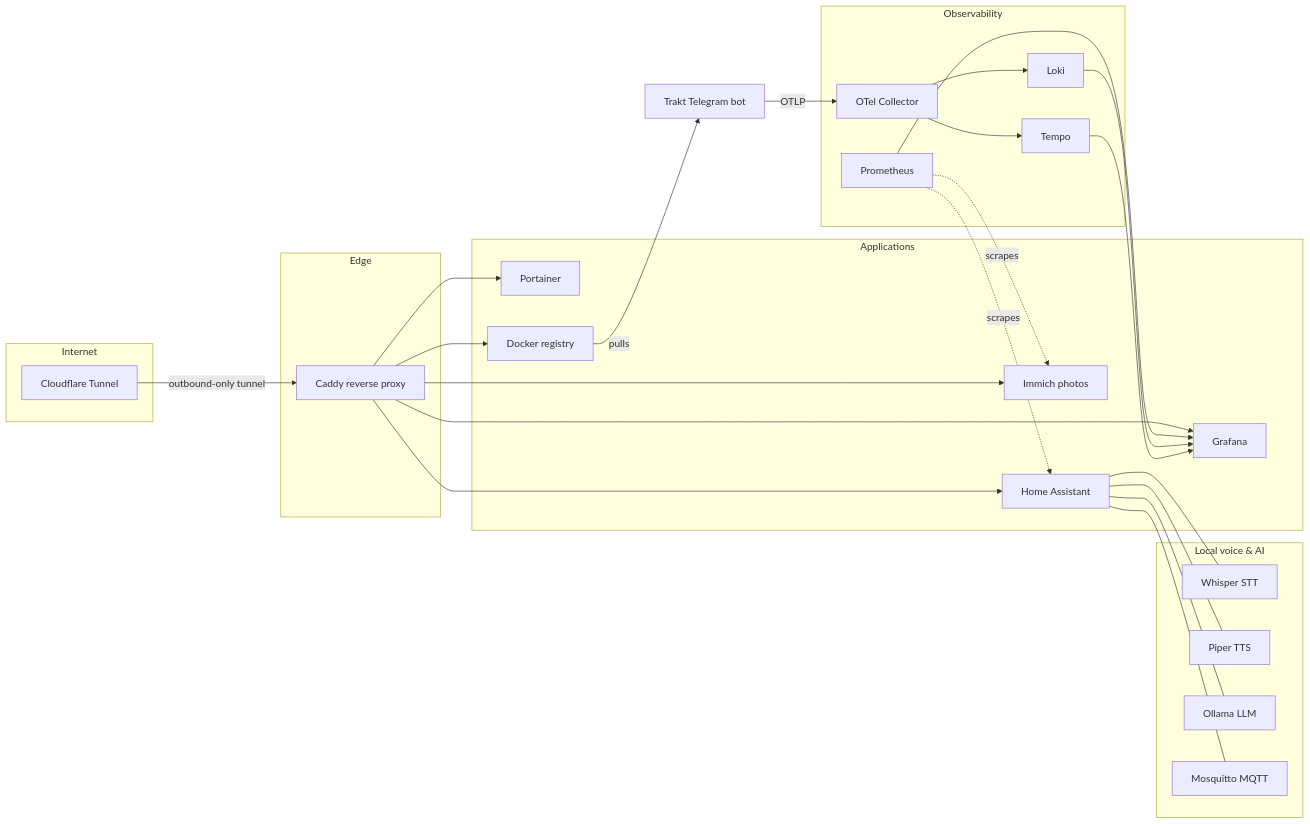
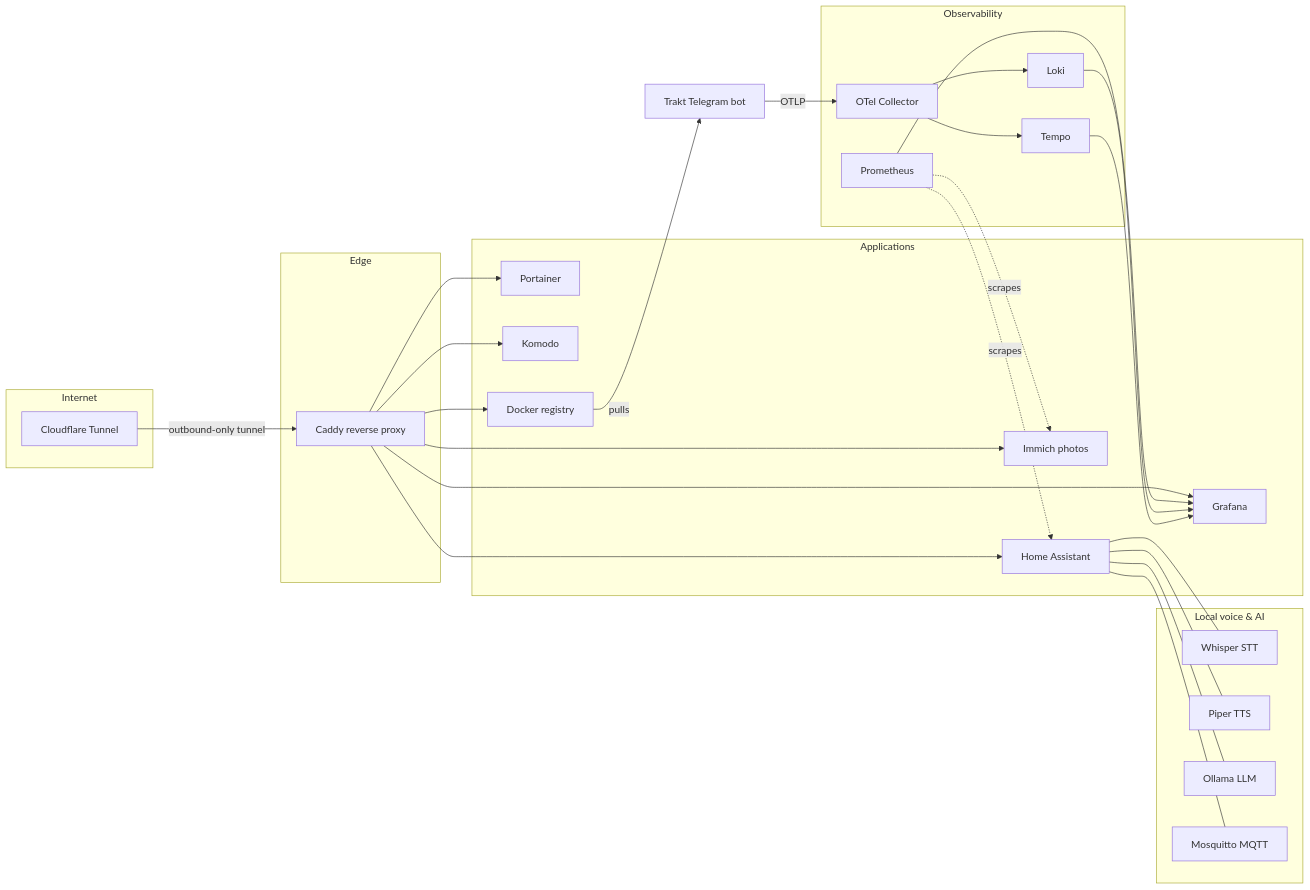
The diagram in README.md (lorainemg/homelab), drawn with Mermaid before and after one commit. The commit also changed other lines of this file and 2 other files, not shown here.

Commit message:
update the docs now that komodo deploys config too

````diff
--- a/README.md
+++ b/README.md
@@ -16,55 +18,57 @@
 ```mermaid
 flowchart LR
     subgraph internet[Internet]
         CF[Cloudflare Tunnel]
     end
 
     subgraph edge[Edge]
         CADDY[Caddy reverse proxy]
     end
 
     CF -->|outbound-only tunnel| CADDY
 
     subgraph apps[Applications]
         IMMICH[Immich photos]
         HA[Home Assistant]
         GRAFANA[Grafana]
         PORTAINER[Portainer]
+        KOMODO[Komodo]
         REGISTRY[Docker registry]
     end
 
     CADDY --> IMMICH
     CADDY --> HA
     CADDY --> GRAFANA
     CADDY --> PORTAINER
+    CADDY --> KOMODO
     CADDY --> REGISTRY
 
     subgraph voice[Local voice & AI]
         WHISPER[Whisper STT]
         PIPER[Piper TTS]
         OLLAMA[Ollama LLM]
         MQTT[Mosquitto MQTT]
     end
 
     HA --- WHISPER
     HA --- PIPER
     HA --- OLLAMA
     HA --- MQTT
 
     subgraph obs[Observability]
         PROM[Prometheus]
         LOKI[Loki]
         TEMPO[Tempo]
         OTEL[OTel Collector]
     end
 
     BOT[Trakt Telegram bot] -->|OTLP| OTEL
     OTEL --> TEMPO
     OTEL --> LOKI
     PROM --> GRAFANA
     LOKI --> GRAFANA
     TEMPO --> GRAFANA
     PROM -.scrapes.-> HA
     PROM -.scrapes.-> IMMICH
     REGISTRY -->|pulls| BOT
 ```
````
